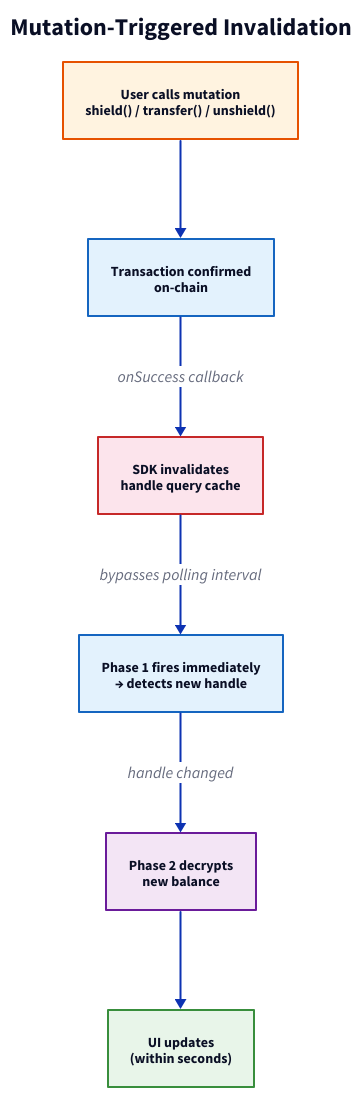
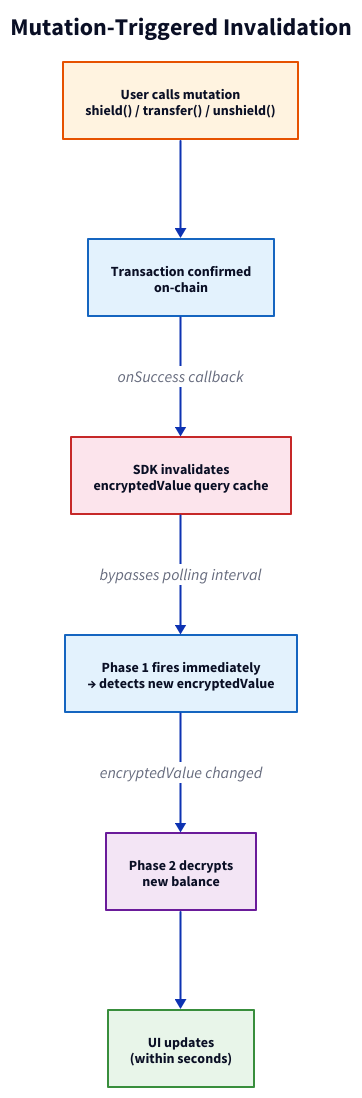
Before and after one commit to zama-ai/sdk: the diagram in docs/diagrams/two-phase-invalidation.d2, drawn with D2. The commit also changed 102 other files, not shown here.

```diff
--- a/docs/diagrams/two-phase-invalidation.d2
+++ b/docs/diagrams/two-phase-invalidation.d2
@@ -1,53 +1,53 @@
 direction: down
 
 title: {
   label: "Mutation-Triggered Invalidation"
   near: top-center
   shape: text
   style.font-size: 24
   style.bold: true
 }
 
 # --- Mutation ---
 mutation: "User calls mutation\nshield() / transfer() / unshield()" {
   style.fill: "#FFF3E0"
   style.stroke: "#E65100"
   style.font-size: 14
 }
 
 tx-confirm: "Transaction confirmed\non-chain" {
   style.fill: "#E3F2FD"
   style.stroke: "#1565C0"
   style.font-size: 14
 }
 
-invalidate: "SDK invalidates\nhandle query cache" {
+invalidate: "SDK invalidates\nencryptedValue query cache" {
   style.fill: "#FCE4EC"
   style.stroke: "#C62828"
   style.font-size: 14
 }
 
-phase1: "Phase 1 fires immediately\n→ detects new handle" {
+phase1: "Phase 1 fires immediately\n→ detects new encryptedValue" {
   style.fill: "#E3F2FD"
   style.stroke: "#1565C0"
   style.font-size: 14
 }
 
 phase2: "Phase 2 decrypts\nnew balance" {
   style.fill: "#F3E5F5"
   style.stroke: "#6A1B9A"
   style.font-size: 14
 }
 
 ui: "UI updates\n(within seconds)" {
   style.fill: "#E8F5E9"
   style.stroke: "#388E3C"
   style.font-size: 14
   style.bold: true
 }
 
 mutation -> tx-confirm
 tx-confirm -> invalidate: "onSuccess callback"
 invalidate -> phase1: "bypasses polling interval"
-phase1 -> phase2: "handle changed"
+phase1 -> phase2: "encryptedValue changed"
 phase2 -> ui
```
